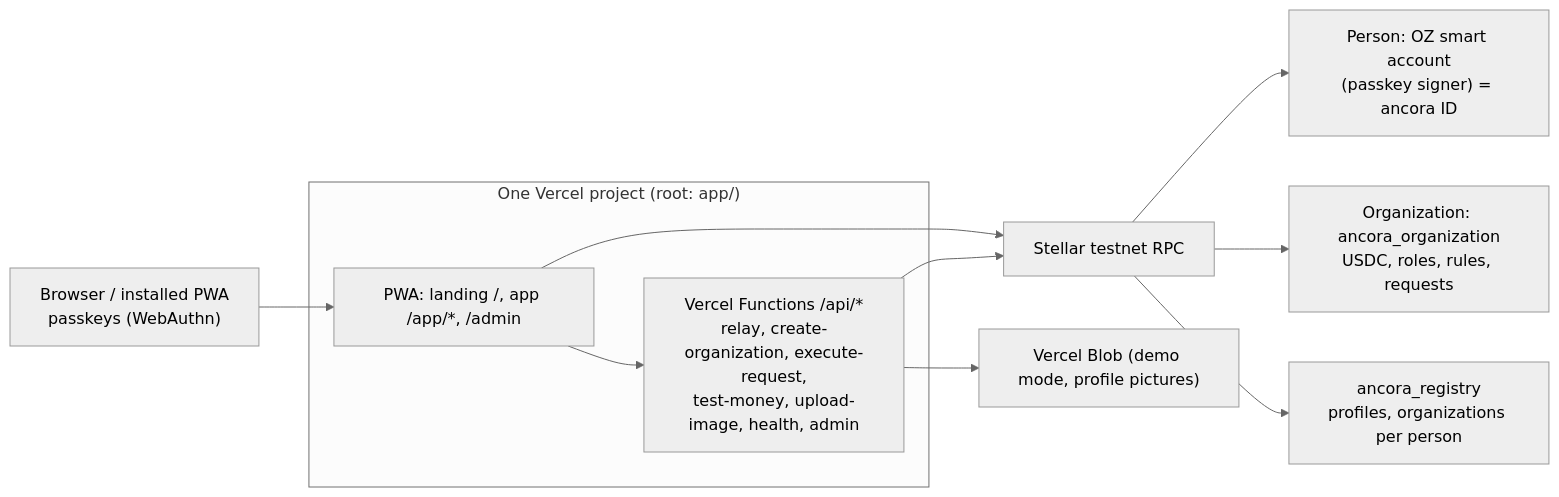
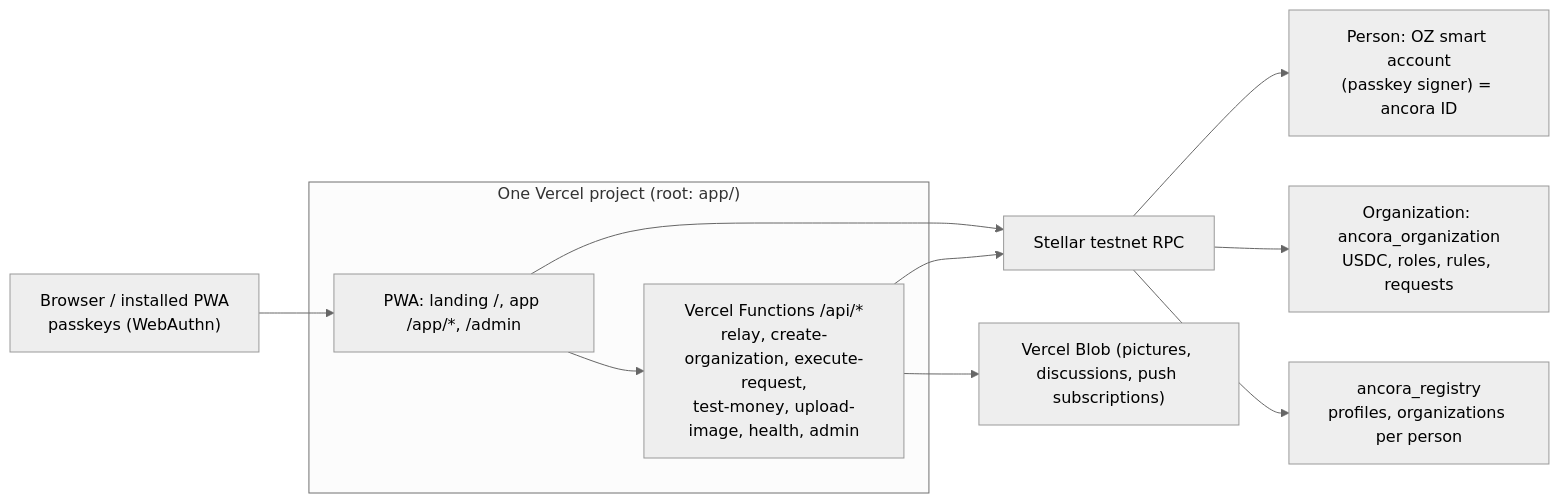
Before and after one commit to raglibol-re/ancora: the diagram in docs/ARCHITECTURE.md, drawn with Mermaid (neutral theme). The commit also changed other lines of this file and 31 other files, not shown here.

First line of the commit message:
feat(discussions): one Blob file per organization, read on demand; site default from the env var

````diff
--- a/docs/ARCHITECTURE.md
+++ b/docs/ARCHITECTURE.md
@@ -7,15 +7,15 @@
 ```mermaid
 flowchart LR
   subgraph Vercel["One Vercel project (root: app/)"]
     SPA["PWA: landing /, app /app/*, /admin"]
     API["Vercel Functions /api/*<br/>relay, create-organization, execute-request,<br/>test-money, upload-image, health, admin"]
   end
   Browser["Browser / installed PWA<br/>passkeys (WebAuthn)"] --> SPA
   SPA --> API
   SPA --> RPC["Stellar testnet RPC"]
   API --> RPC
-  API --> Blob["Vercel Blob (demo mode, profile pictures)"]
+  API --> Blob["Vercel Blob (pictures, discussions, push subscriptions)"]
   RPC --> Person["Person: OZ smart account<br/>(passkey signer) = ancora ID"]
   RPC --> Org["Organization: ancora_organization<br/>USDC, roles, rules, requests"]
   RPC --> Registry["ancora_registry<br/>profiles, organizations per person"]
 ```
````
